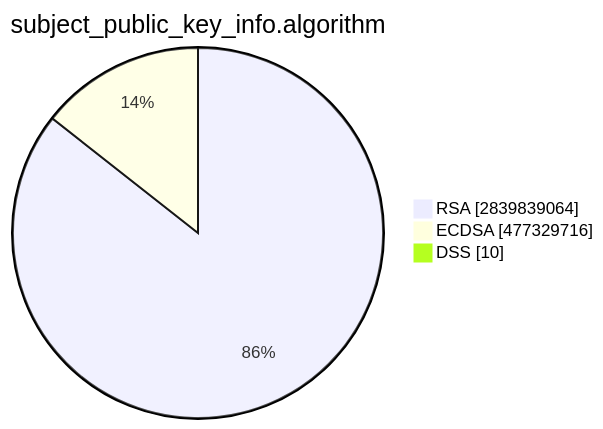
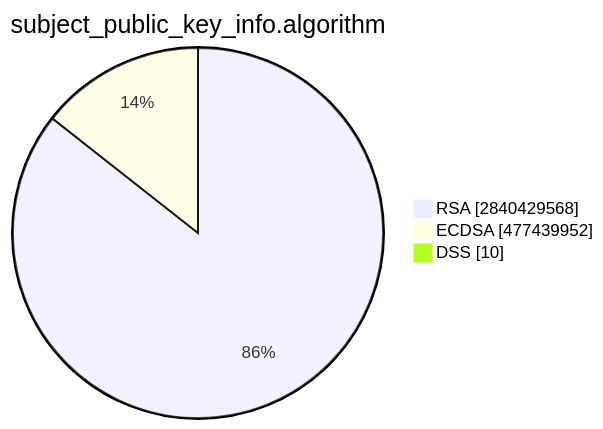
One commit to christiankrug/ctmonitor_visualization changed the second of 15 diagrams in TOTAL/README.md. Above: the diagram before and after it, drawn with Mermaid. The commit also changed other lines of this file, not shown here.

````diff
--- a/TOTAL/README.md
+++ b/TOTAL/README.md
@@ -6,7 +6,7 @@
 ```mermaid
 pie showData
 title subject_public_key_info.algorithm
-"RSA" :2839839064
-"ECDSA" :477329716
+"RSA" :2840429568
+"ECDSA" :477439952
 "DSS" :10
 ```
````
